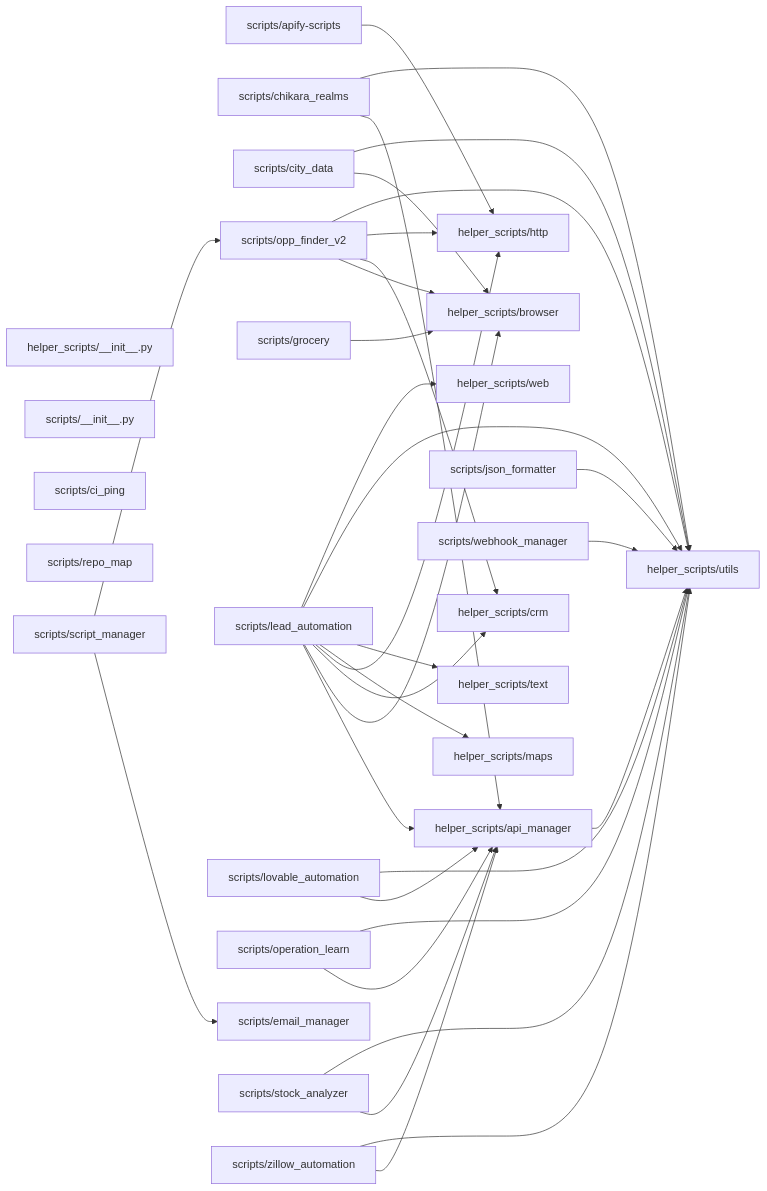
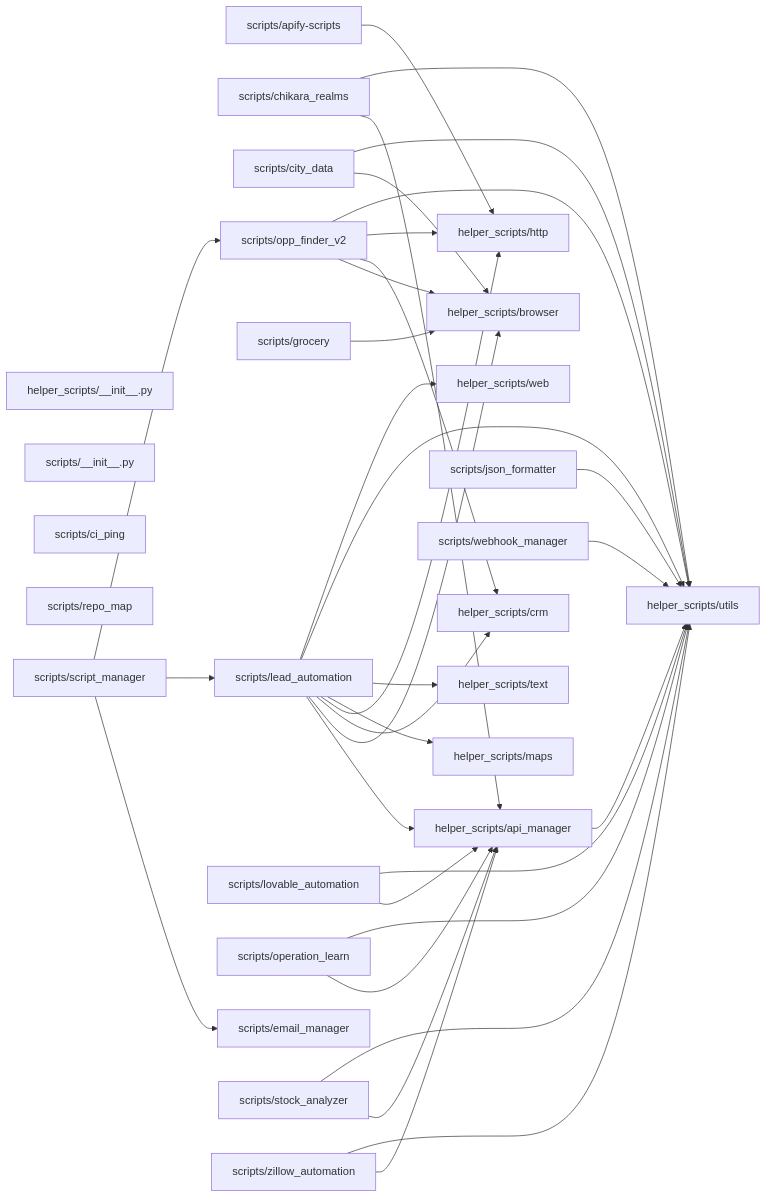
One commit to StaticxViper/cjm-dev changed the diagram in documentation/repo-map/generated/repo.md. Above: the diagram before and after it, drawn with Mermaid. The commit also changed 14 other files, not shown here.

First line of the commit message:
Enhance lead generation scripts with free-text search capabilities and CSV output

````diff
--- a/documentation/repo-map/generated/repo.md
+++ b/documentation/repo-map/generated/repo.md
@@ -5,60 +5,61 @@
 ```mermaid
 flowchart LR
   helper_scripts___init___py["helper_scripts/__init__.py"]
   helper_scripts_api_manager["helper_scripts/api_manager"]
   helper_scripts_browser["helper_scripts/browser"]
   helper_scripts_crm["helper_scripts/crm"]
   helper_scripts_http["helper_scripts/http"]
   helper_scripts_maps["helper_scripts/maps"]
   helper_scripts_text["helper_scripts/text"]
   helper_scripts_utils["helper_scripts/utils"]
   helper_scripts_web["helper_scripts/web"]
   scripts___init___py["scripts/__init__.py"]
   scripts_apify_scripts["scripts/apify-scripts"]
   scripts_chikara_realms["scripts/chikara_realms"]
   scripts_ci_ping["scripts/ci_ping"]
   scripts_city_data["scripts/city_data"]
   scripts_email_manager["scripts/email_manager"]
   scripts_grocery["scripts/grocery"]
   scripts_json_formatter["scripts/json_formatter"]
   scripts_lead_automation["scripts/lead_automation"]
   scripts_lovable_automation["scripts/lovable_automation"]
   scripts_operation_learn["scripts/operation_learn"]
   scripts_opp_finder_v2["scripts/opp_finder_v2"]
   scripts_repo_map["scripts/repo_map"]
   scripts_script_manager["scripts/script_manager"]
   scripts_stock_analyzer["scripts/stock_analyzer"]
   scripts_webhook_manager["scripts/webhook_manager"]
   scripts_zillow_automation["scripts/zillow_automation"]
   helper_scripts_api_manager --> helper_scripts_utils
   scripts_apify_scripts --> helper_scripts_http
   scripts_chikara_realms --> helper_scripts_api_manager
   scripts_chikara_realms --> helper_scripts_utils
   scripts_city_data --> helper_scripts_browser
   scripts_city_data --> helper_scripts_utils
   scripts_grocery --> helper_scripts_browser
   scripts_json_formatter --> helper_scripts_utils
   scripts_lead_automation --> helper_scripts_api_manager
   scripts_lead_automation --> helper_scripts_browser
   scripts_lead_automation --> helper_scripts_crm
   scripts_lead_automation --> helper_scripts_http
   scripts_lead_automation --> helper_scripts_maps
   scripts_lead_automation --> helper_scripts_text
   scripts_lead_automation --> helper_scripts_utils
   scripts_lead_automation --> helper_scripts_web
   scripts_lovable_automation --> helper_scripts_api_manager
   scripts_lovable_automation --> helper_scripts_utils
   scripts_operation_learn --> helper_scripts_api_manager
   scripts_operation_learn --> helper_scripts_utils
   scripts_opp_finder_v2 --> helper_scripts_browser
   scripts_opp_finder_v2 --> helper_scripts_crm
   scripts_opp_finder_v2 --> helper_scripts_http
   scripts_opp_finder_v2 --> helper_scripts_utils
   scripts_script_manager --> scripts_email_manager
+  scripts_script_manager --> scripts_lead_automation
   scripts_script_manager --> scripts_opp_finder_v2
   scripts_stock_analyzer --> helper_scripts_api_manager
   scripts_stock_analyzer --> helper_scripts_utils
   scripts_webhook_manager --> helper_scripts_utils
   scripts_zillow_automation --> helper_scripts_api_manager
   scripts_zillow_automation --> helper_scripts_utils
 ```
````
